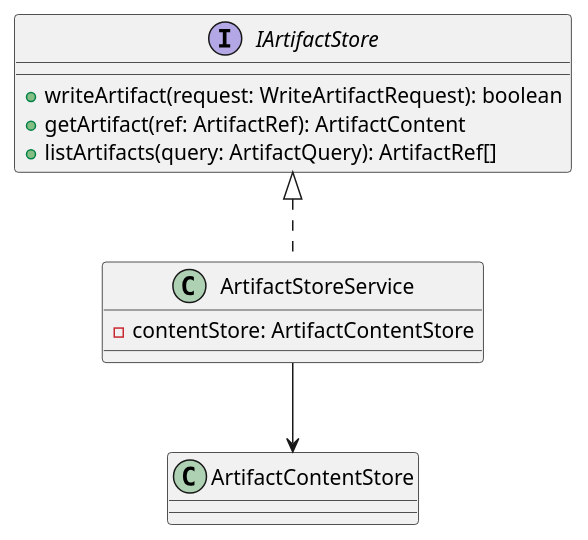
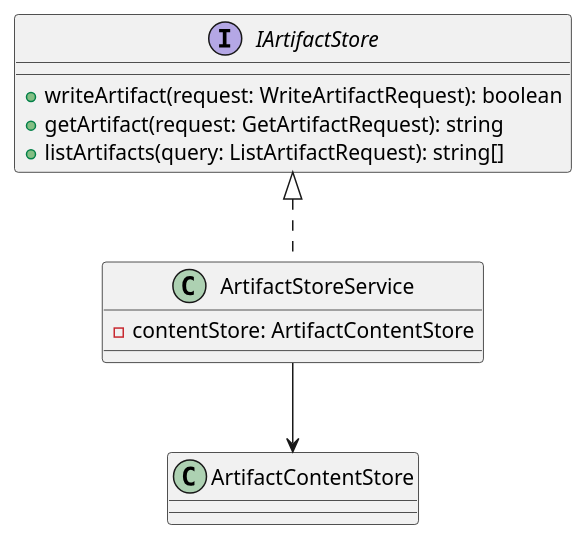
The first of 2 diagrams in meta_layer/docs/design_docs/Data/ArtifactStore.md (lucky-chen/ai_workflow_travel), drawn with PlantUML before and after one commit. The commit also changed other lines of this file and 1 other file, not shown here.

````diff
--- a/meta_layer/docs/design_docs/Data/ArtifactStore.md
+++ b/meta_layer/docs/design_docs/Data/ArtifactStore.md
@@ -38,18 +37,18 @@
 ```plantuml
 @startuml
 interface IArtifactStore {
   +writeArtifact(request: WriteArtifactRequest): boolean
-  +getArtifact(ref: ArtifactRef): ArtifactContent
-  +listArtifacts(query: ArtifactQuery): ArtifactRef[]
+  +getArtifact(request: GetArtifactRequest): string
+  +listArtifacts(query: ListArtifactRequest): string[]
 }
 
 class ArtifactStoreService {
   -contentStore: ArtifactContentStore
 }
 
 class ArtifactContentStore
 
 IArtifactStore <|.. ArtifactStoreService
 ArtifactStoreService --> ArtifactContentStore
 @enduml
 ```
````
